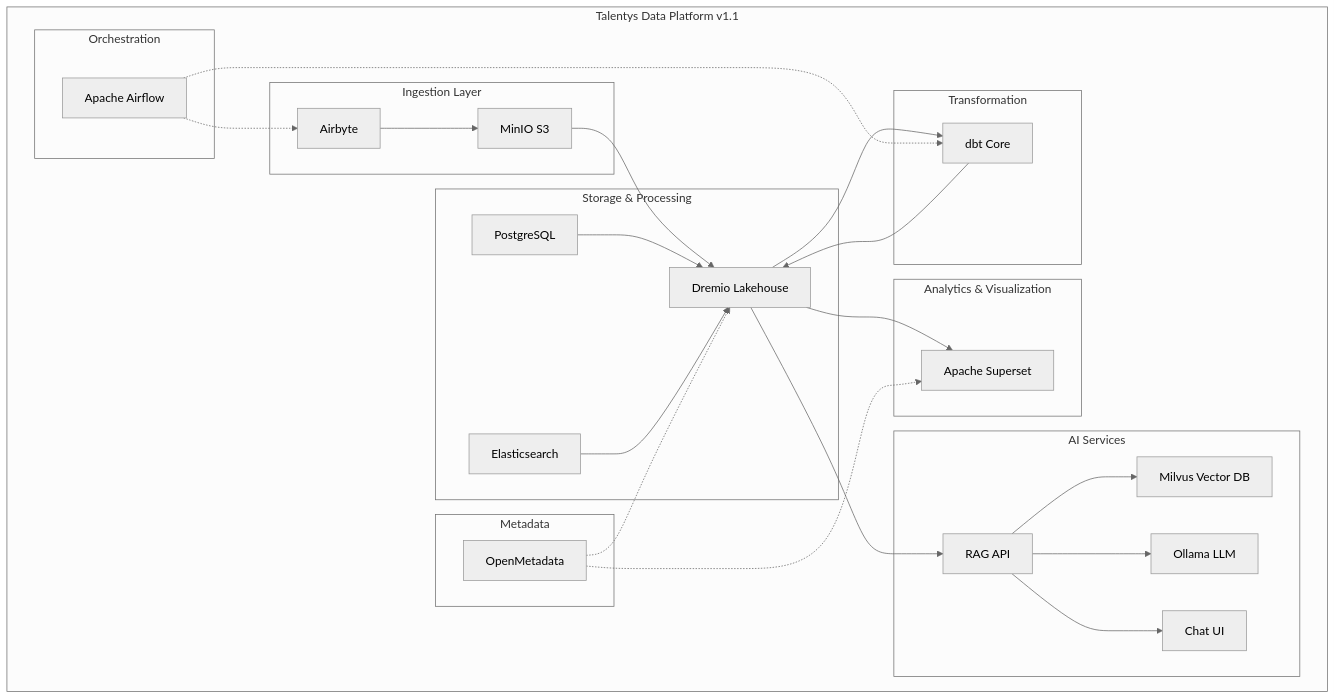
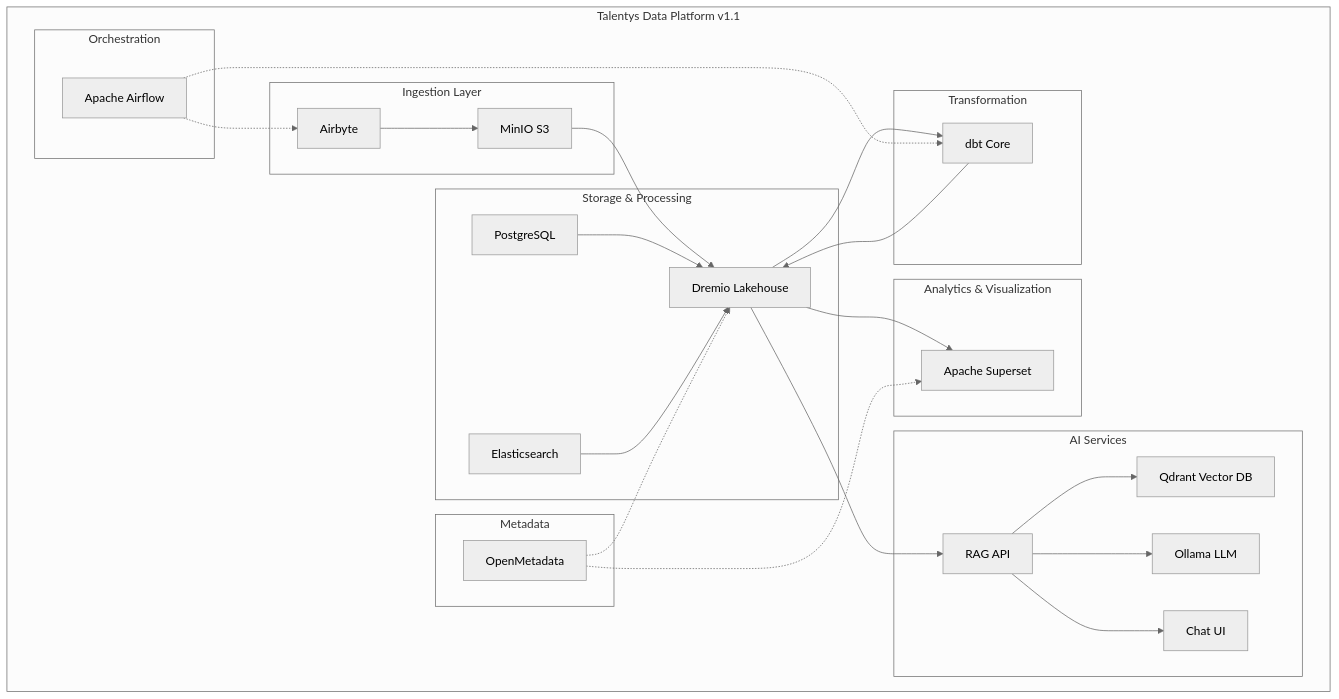
Before and after one commit to Monsau/ArcaP: the diagram in assets/screenshots/CAPTURE_GUIDE.md, drawn with Mermaid (neutral theme). The commit also changed 95 other files, not shown here.

````diff
--- a/assets/screenshots/CAPTURE_GUIDE.md
+++ b/assets/screenshots/CAPTURE_GUIDE.md
@@ -245,54 +245,54 @@
 ```mermaid
 graph TB
     subgraph "Talentys Data Platform v1.1"
         subgraph "Ingestion Layer"
             AIRBYTE[Airbyte]
             MINIO[MinIO S3]
         end
         
         subgraph "Storage & Processing"
             POSTGRES[PostgreSQL]
             DREMIO[Dremio Lakehouse]
             ELASTIC[Elasticsearch]
         end
         
         subgraph "Transformation"
             DBT[dbt Core]
         end
         
         subgraph "Analytics & Visualization"
             SUPERSET[Apache Superset]
         end
         
         subgraph "AI Services"
             OLLAMA[Ollama LLM]
-            MILVUS[Milvus Vector DB]
+            QDRANT[Qdrant Vector DB]
             RAG[RAG API]
             CHATUI[Chat UI]
         end
         
         subgraph "Orchestration"
             AIRFLOW[Apache Airflow]
         end
         
         subgraph "Metadata"
             OPENMETADATA[OpenMetadata]
         end
     end
     
     AIRBYTE --> MINIO
     MINIO --> DREMIO
     POSTGRES --> DREMIO
     ELASTIC --> DREMIO
     DREMIO --> DBT
     DBT --> DREMIO
     DREMIO --> SUPERSET
     DREMIO --> RAG
-    RAG --> MILVUS
+    RAG --> QDRANT
     RAG --> OLLAMA
     RAG --> CHATUI
     AIRFLOW -.-> AIRBYTE
     AIRFLOW -.-> DBT
     OPENMETADATA -.-> DREMIO
     OPENMETADATA -.-> SUPERSET
 ```
````
